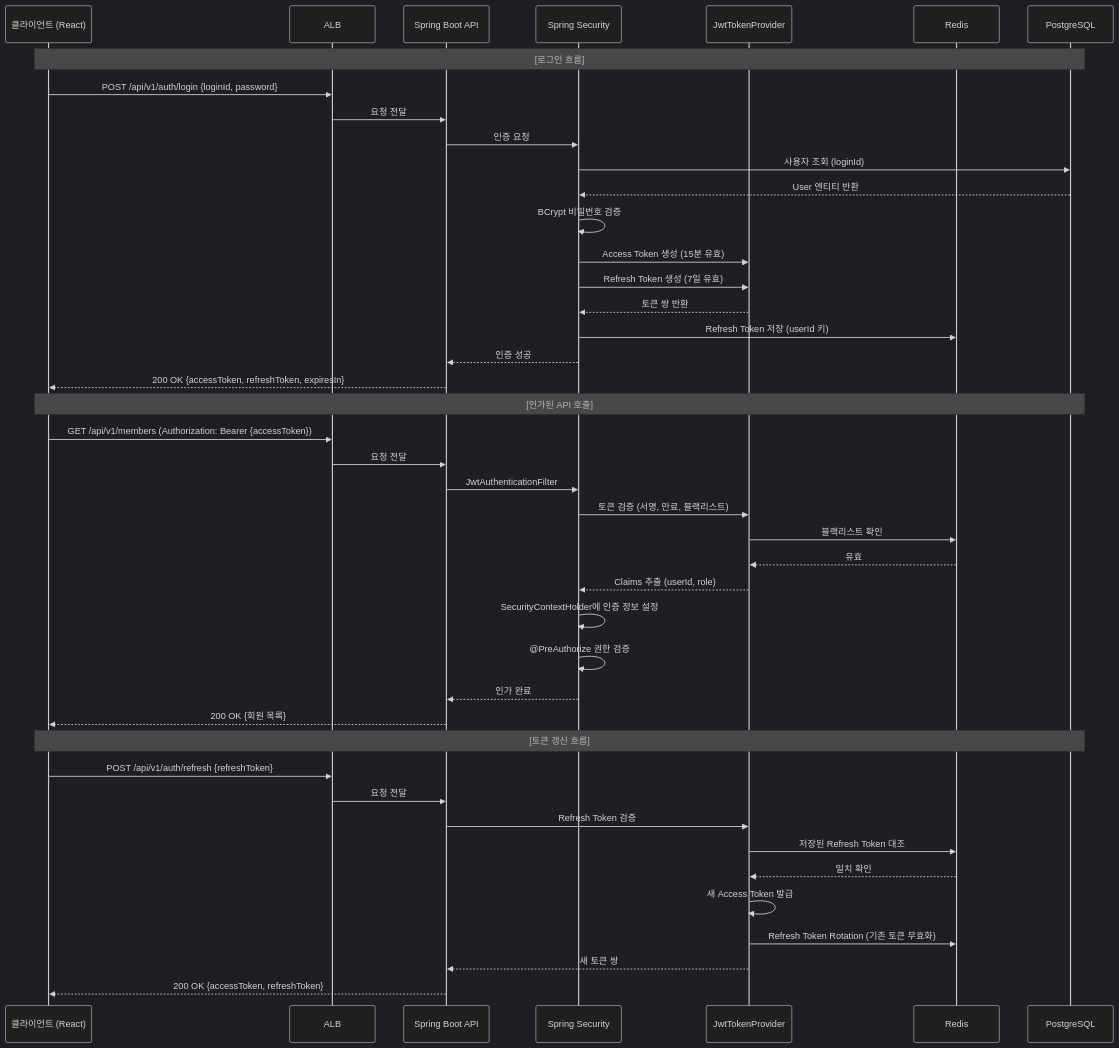
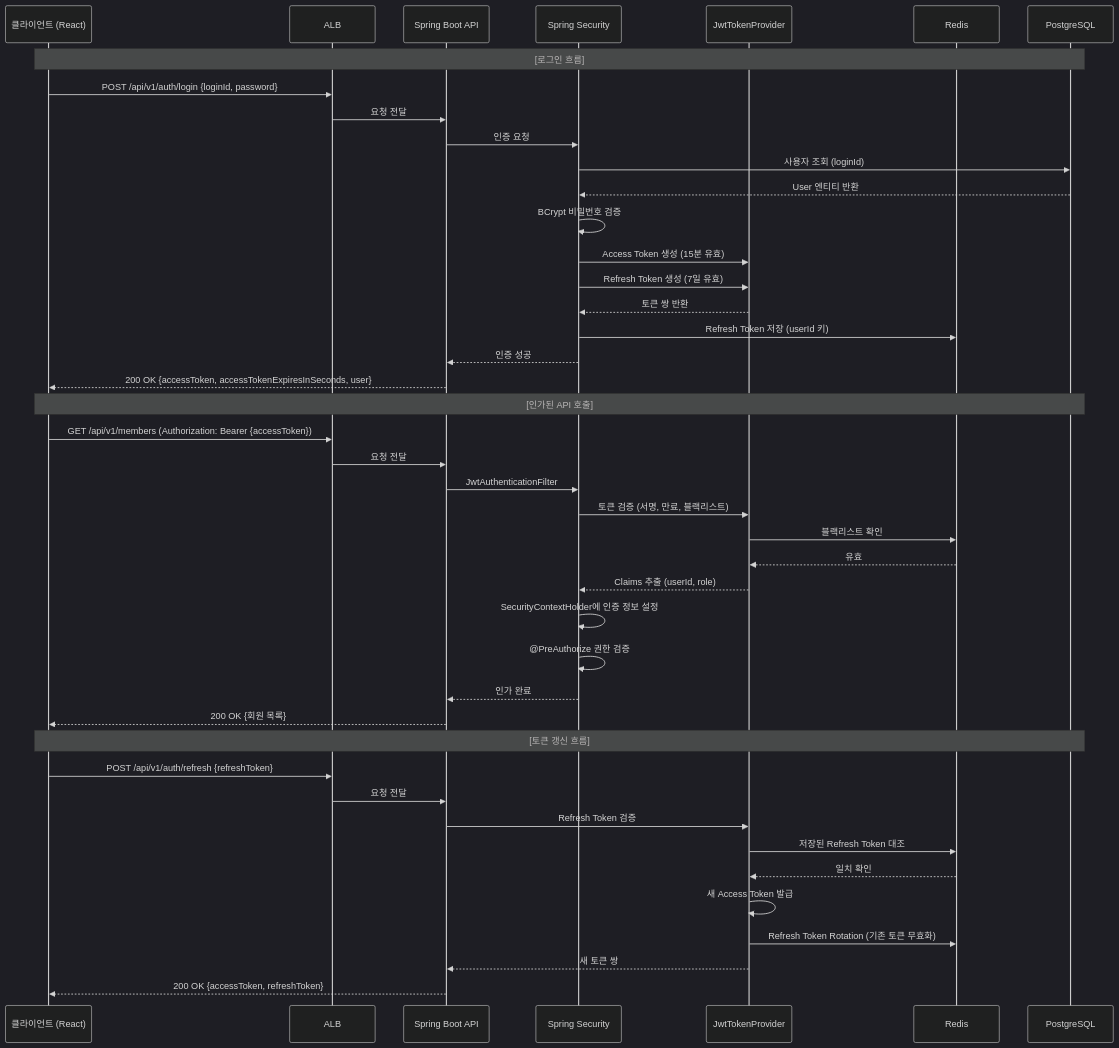
Before and after one commit to Again-D/GymCRM_V2: the ninth of 12 diagrams in docs/02_시스템_아키텍처_설계서.md, drawn with Mermaid (dark theme). The commit also changed other lines of this file and 7 other files, not shown here.

````diff
--- a/docs/02_시스템_아키텍처_설계서.md
+++ b/docs/02_시스템_아키텍처_설계서.md
@@ -948,48 +948,48 @@
 ```mermaid
 sequenceDiagram
     participant C as 클라이언트 (React)
     participant ALB as ALB
     participant API as Spring Boot API
     participant SEC as Spring Security
     participant JWT as JwtTokenProvider
     participant RD as Redis
     participant DB as PostgreSQL
 
     Note over C,DB: [로그인 흐름]
     C->>ALB: POST /api/v1/auth/login {loginId, password}
     ALB->>API: 요청 전달
     API->>SEC: 인증 요청
     SEC->>DB: 사용자 조회 (loginId)
     DB-->>SEC: User 엔티티 반환
     SEC->>SEC: BCrypt 비밀번호 검증
     SEC->>JWT: Access Token 생성 (15분 유효)
     SEC->>JWT: Refresh Token 생성 (7일 유효)
     JWT-->>SEC: 토큰 쌍 반환
     SEC->>RD: Refresh Token 저장 (userId 키)
     SEC-->>API: 인증 성공
-    API-->>C: 200 OK {accessToken, refreshToken, expiresIn}
+    API-->>C: 200 OK {accessToken, accessTokenExpiresInSeconds, user}
 
     Note over C,DB: [인가된 API 호출]
     C->>ALB: GET /api/v1/members (Authorization: Bearer {accessToken})
     ALB->>API: 요청 전달
     API->>SEC: JwtAuthenticationFilter
     SEC->>JWT: 토큰 검증 (서명, 만료, 블랙리스트)
     JWT->>RD: 블랙리스트 확인
     RD-->>JWT: 유효
     JWT-->>SEC: Claims 추출 (userId, role)
     SEC->>SEC: SecurityContextHolder에 인증 정보 설정
     SEC->>SEC: @PreAuthorize 권한 검증
     SEC-->>API: 인가 완료
     API-->>C: 200 OK {회원 목록}
 
     Note over C,DB: [토큰 갱신 흐름]
     C->>ALB: POST /api/v1/auth/refresh {refreshToken}
     ALB->>API: 요청 전달
     API->>JWT: Refresh Token 검증
     JWT->>RD: 저장된 Refresh Token 대조
     RD-->>JWT: 일치 확인
     JWT->>JWT: 새 Access Token 발급
     JWT->>RD: Refresh Token Rotation (기존 토큰 무효화)
     JWT-->>API: 새 토큰 쌍
     API-->>C: 200 OK {accessToken, refreshToken}
 ```
````
